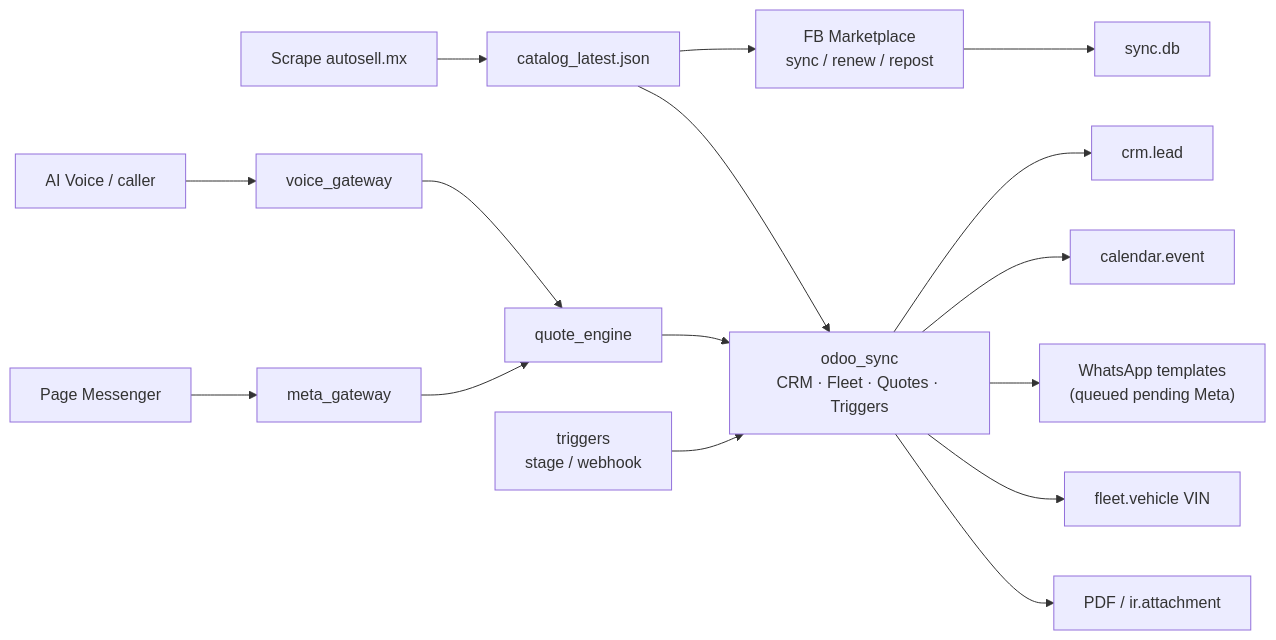
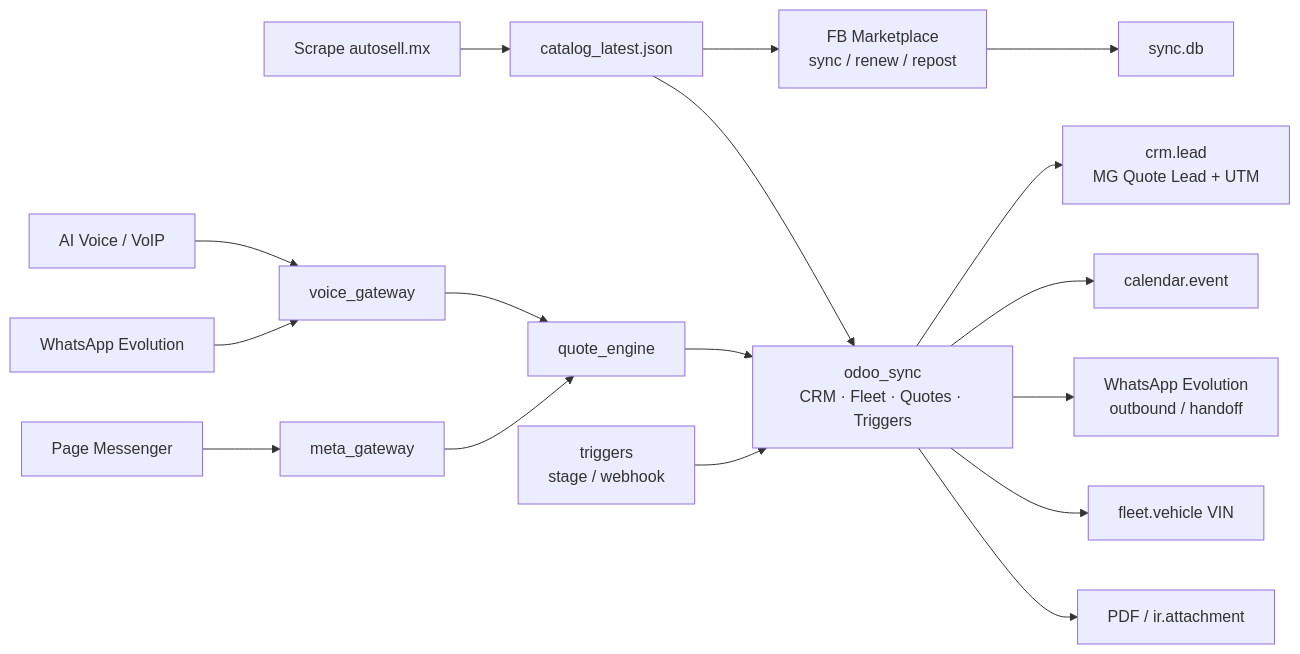
Before and after one commit to mg22mex/auto-upload: the first of 2 diagrams in README.md, drawn with Mermaid. The commit also changed other lines of this file and 6 other files, not shown here.

Commit message:
refactor(crm): MG Quote Lead tag, UTM attribution, and status docs

````diff
--- a/README.md
+++ b/README.md
@@ -31,35 +35,37 @@
 ```mermaid
 flowchart LR
     SC["Scrape autosell.mx"]
     SNAP["catalog_latest.json"]
     FB["FB Marketplace<br/>sync / renew / repost"]
     DB["sync.db"]
-    CALLER["AI Voice / caller"]
+    CALLER["AI Voice / VoIP"]
+    WA_IN["WhatsApp Evolution"]
     VG["voice_gateway"]
     QE["quote_engine"]
     ODOO["odoo_sync<br/>CRM · Fleet · Quotes · Triggers"]
-    LEAD["crm.lead"]
+    LEAD["crm.lead<br/>MG Quote Lead + UTM"]
     CAL["calendar.event"]
-    WA["WhatsApp templates<br/>(queued pending Meta)"]
+    WA["WhatsApp Evolution<br/>outbound / handoff"]
     FLEET["fleet.vehicle VIN"]
     PDF["PDF / ir.attachment"]
     MSG["Page Messenger"]
     META["meta_gateway"]
     TRG["triggers<br/>stage / webhook"]
 
     SC --> SNAP
     SNAP --> FB
     FB --> DB
     SNAP --> ODOO
     CALLER --> VG
+    WA_IN --> VG
     VG --> QE
     QE --> ODOO
     TRG --> ODOO
     ODOO --> LEAD
     ODOO --> CAL
     ODOO --> WA
     ODOO --> FLEET
     ODOO --> PDF
     MSG --> META
     META --> QE
 ```
````
